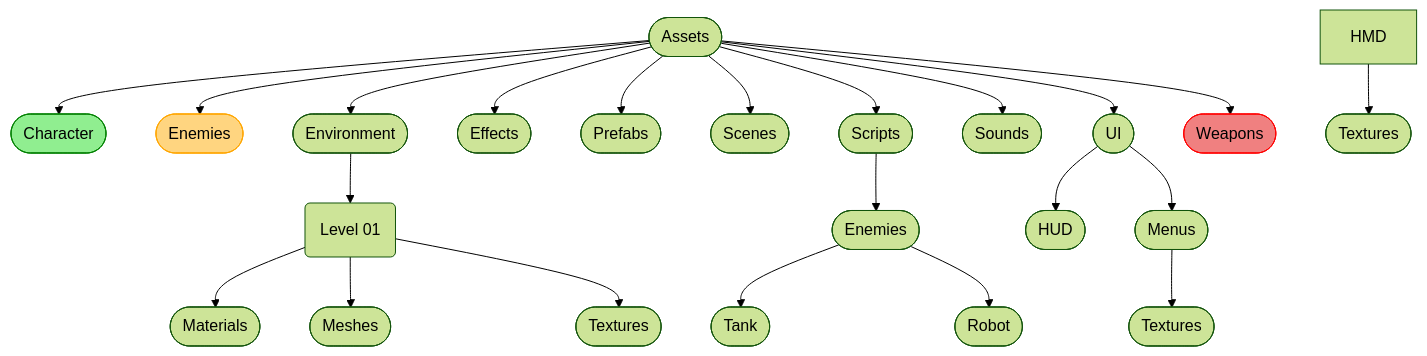
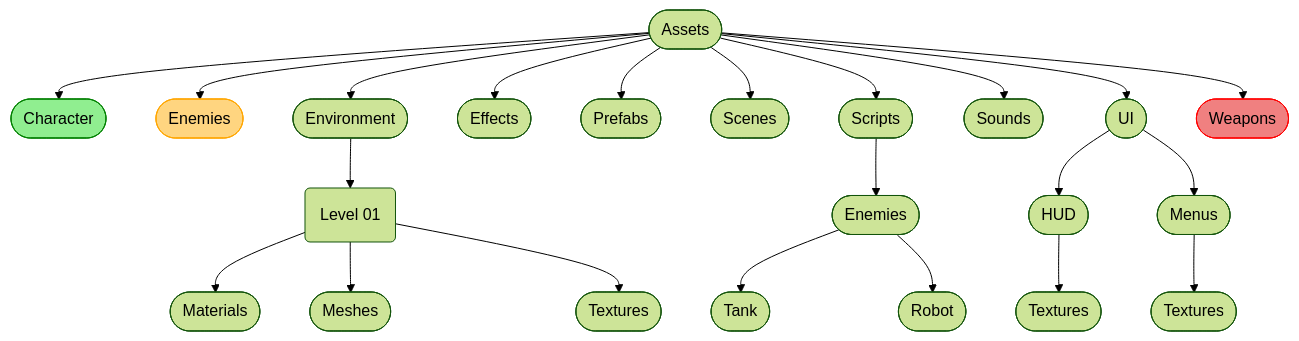
The diagram in diagrams/estructura-y-colaboracion/unity-assets-tree-by-feature.mmd (jesustorresdev/quarto-lecture-notes-format), drawn with Mermaid (forest theme) before and after one commit. The commit also changed 8 other files, not shown here.

Commit message:
refactor: settings en diagramas

```diff
--- a/diagrams/estructura-y-colaboracion/unity-assets-tree-by-feature.mmd
+++ b/diagrams/estructura-y-colaboracion/unity-assets-tree-by-feature.mmd
@@ -1,53 +1,53 @@
 graph TB
   Assets([Assets]) --> Character([Character])
   Assets --> Enemies([Enemies])
   Assets --> Environment([Environment])
   Assets --> Effects([Effects])
   Assets --> Prefabs([Prefabs])
   Assets --> Scenes([Scenes])
   Assets --> Scripts([Scripts])
   Assets --> Sounds([Sounds])
   Assets --> UI([UI])
   Assets --> Weapons([Weapons])
 
   %% Character --> CharacterMaterials([Materials])
   %% Character --> CharacterMeshes([Meshes])
   %% Character --> CharacterTextures([Textures])
 
   %% Enemies --> Tanks([Tanks])
   %% Enemies --> Robots([Robots])
 
   %% Tanks --> TanksMaterials([Materials])
   %% Tanks --> TanksMeshes([...])
 
   %% Robots --> RobotsMaterials([Materials])
   %% Robots --> RobotsMeshes([...])
 
   Environment --> Level01(Level 01)
 
   Level01 --> Level01Materials([Materials])
   Level01 --> Level01Meshes([Meshes])
   Level01 --> Level01Textures([Textures])
 
   Scripts --> EnemiesScripts([Enemies])
   EnemiesScripts --> TankScripts([Tank])
   EnemiesScripts --> RobotScripts([Robot])
 
   UI --> HUD([HUD])
   UI --> Menus([Menus])
 
-  HMD --> HMDTextures([Textures])
+  HUD --> HUDTextures([Textures])
   Menus --> MenusTextures([Textures])
 
   %% Weapons --> Gun([Guns])
   %% Weapons --> Shotgun([Shotguns])
  
   %% Gun --> GunMaterials([Materials])
   %% Gun --> GunMeshes([...])
 
   %% Shotgun --> ShotgunMaterials([Materials])
   %% Shotgun --> ShotgunMeshes([...])
 
   style Character fill:#90EE90,stroke:green
   style Enemies fill:#FFD580,stroke:orange
   style Weapons fill:#F08080,stroke:red
```
